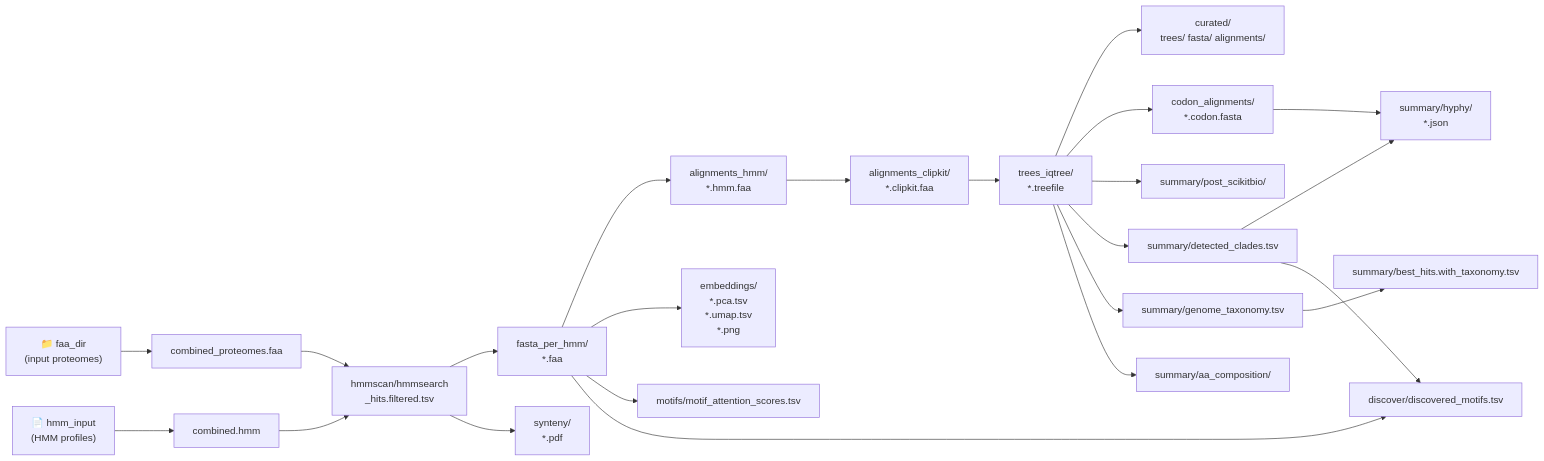
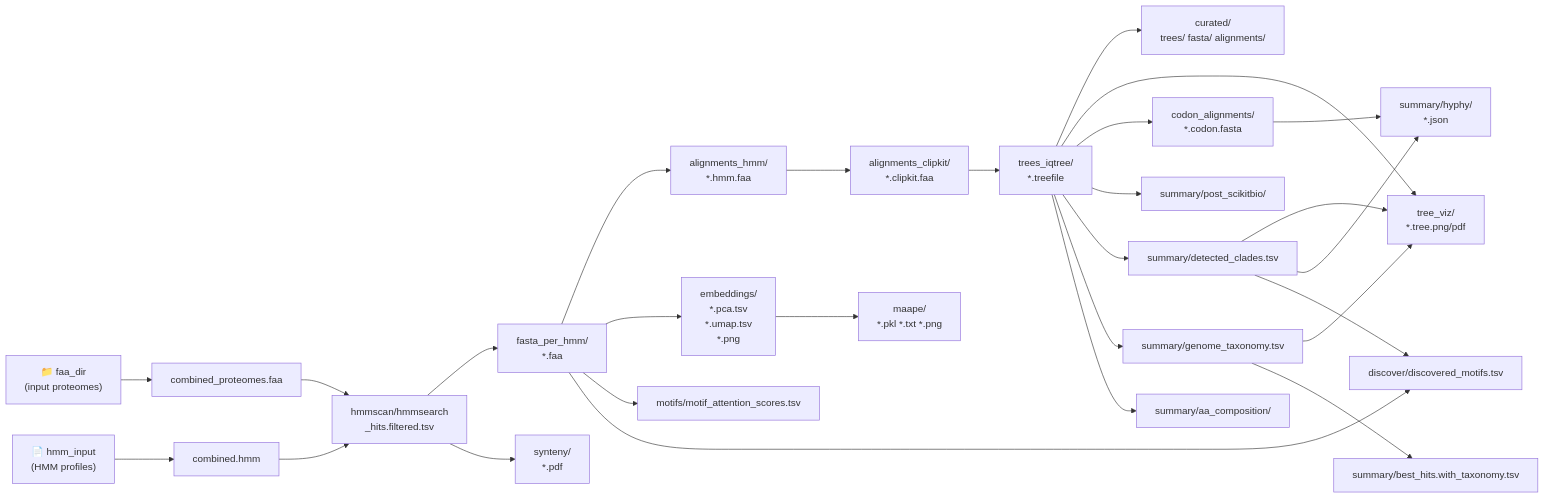
One commit to zackhenny/phylofoundry changed the third of 3 diagrams in GRAPH.md. Above: the diagram before and after it, drawn with Mermaid. The commit also changed other lines of this file and 1 other file, not shown here.

First line of the commit message:
graphify: update GRAPH.md with maape, tree_viz, diamond steps and refresh manifest

````diff
--- a/GRAPH.md
+++ b/GRAPH.md
@@ -147,48 +158,54 @@
 ```mermaid
 flowchart LR
     faa_dir["📁 faa_dir\n(input proteomes)"]
     hmm_input["📄 hmm_input\n(HMM profiles)"]
 
     combined_faa["combined_proteomes.faa"]
     combined_hmm["combined.hmm"]
     hits_tsv["hmmscan/hmmsearch\n_hits.filtered.tsv"]
     fasta_per_hmm["fasta_per_hmm/\n*.faa"]
     alignments_hmm["alignments_hmm/\n*.hmm.faa"]
     alignments_clipkit["alignments_clipkit/\n*.clipkit.faa"]
     trees["trees_iqtree/\n*.treefile"]
     embeddings["embeddings/\n*.pca.tsv\n*.umap.tsv\n*.png"]
+    maape_out["maape/\n*.pkl *.txt *.png"]
     curated["curated/\ntrees/ fasta/ alignments/"]
+    tree_viz_out["tree_viz/\n*.tree.png/pdf"]
     codon_aln["codon_alignments/\n*.codon.fasta"]
     hyphy_out["summary/hyphy/\n*.json"]
     synteny_out["synteny/\n*.pdf"]
     post_bio["summary/post_scikitbio/"]
     clades_tsv["summary/detected_clades.tsv"]
     tax_tsv["summary/genome_taxonomy.tsv"]
     best_hits_tax["summary/best_hits.with_taxonomy.tsv"]
     aa_comp["summary/aa_composition/"]
     motif_scores["motifs/motif_attention_scores.tsv"]
     disc_motifs["discover/discovered_motifs.tsv"]
 
     faa_dir --> combined_faa
     hmm_input --> combined_hmm
     combined_faa --> hits_tsv
     combined_hmm --> hits_tsv
     hits_tsv --> fasta_per_hmm
     fasta_per_hmm --> alignments_hmm
     alignments_hmm --> alignments_clipkit
     alignments_clipkit --> trees
     fasta_per_hmm --> embeddings
+    embeddings --> maape_out
     trees --> curated
+    trees --> tree_viz_out
+    clades_tsv --> tree_viz_out
+    tax_tsv --> tree_viz_out
     trees --> codon_aln
     trees --> post_bio
     trees --> clades_tsv
     trees --> tax_tsv
     tax_tsv --> best_hits_tax
     codon_aln --> hyphy_out
     clades_tsv --> hyphy_out
     hits_tsv --> synteny_out
     trees --> aa_comp
     fasta_per_hmm --> motif_scores
     fasta_per_hmm --> disc_motifs
     clades_tsv --> disc_motifs
 ```
````
